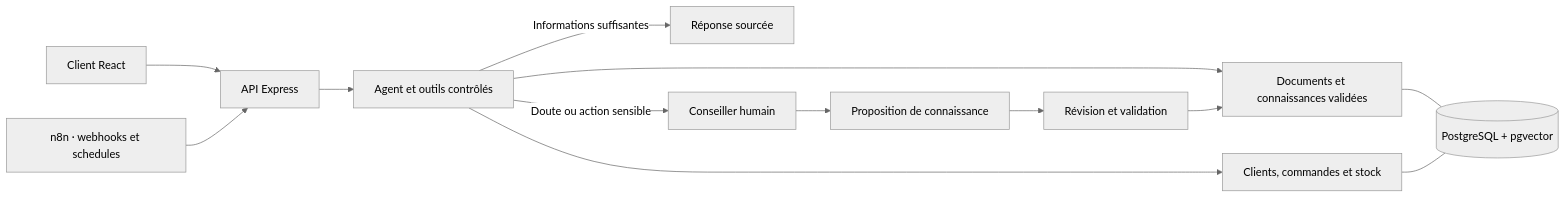
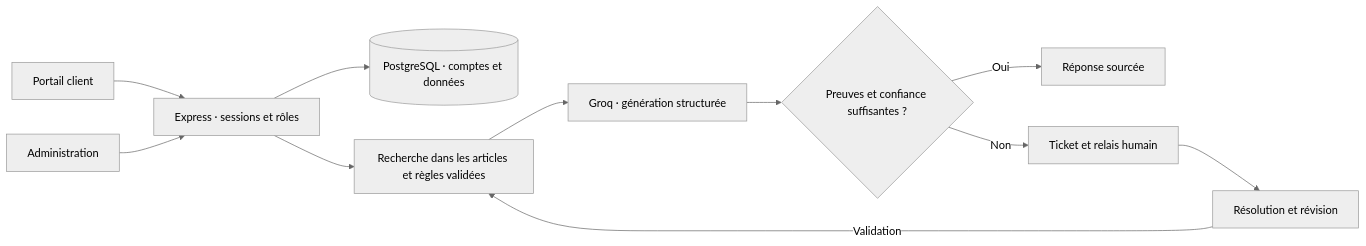
The diagram in README.md (toaandri/support-loop), drawn with Mermaid (neutral theme) before and after one commit. The commit also changed other lines of this file and 65 other files, not shown here.

Commit message:
feat: ship persistent client portal and Groq support

````diff
--- a/README.md
+++ b/README.md
@@ -92,15 +123,13 @@
 ```mermaid
 flowchart LR
-    C[Client React] --> API[API Express]
-    N[n8n · webhooks et schedules] --> API
-    API --> A[Agent et outils contrôlés]
-    A --> K[Documents et connaissances validées]
-    A --> D[Clients, commandes et stock]
-    A -->|Informations suffisantes| R[Réponse sourcée]
-    A -->|Doute ou action sensible| H[Conseiller humain]
-    H --> P[Proposition de connaissance]
-    P --> V[Révision et validation]
-    V --> K
-    K --- PG[(PostgreSQL + pgvector)]
-    D --- PG
+    C[Portail client] --> API[Express · sessions et rôles]
+    H[Administration] --> API
+    API --> PG[(PostgreSQL · comptes et données)]
+    API --> K[Recherche dans les articles et règles validées]
+    K --> G[Groq · génération structurée]
+    G --> R{Preuves et confiance suffisantes ?}
+    R -->|Oui| A[Réponse sourcée]
+    R -->|Non| T[Ticket et relais humain]
+    T --> V[Résolution et révision]
+    V -->|Validation| K
 ```
````
